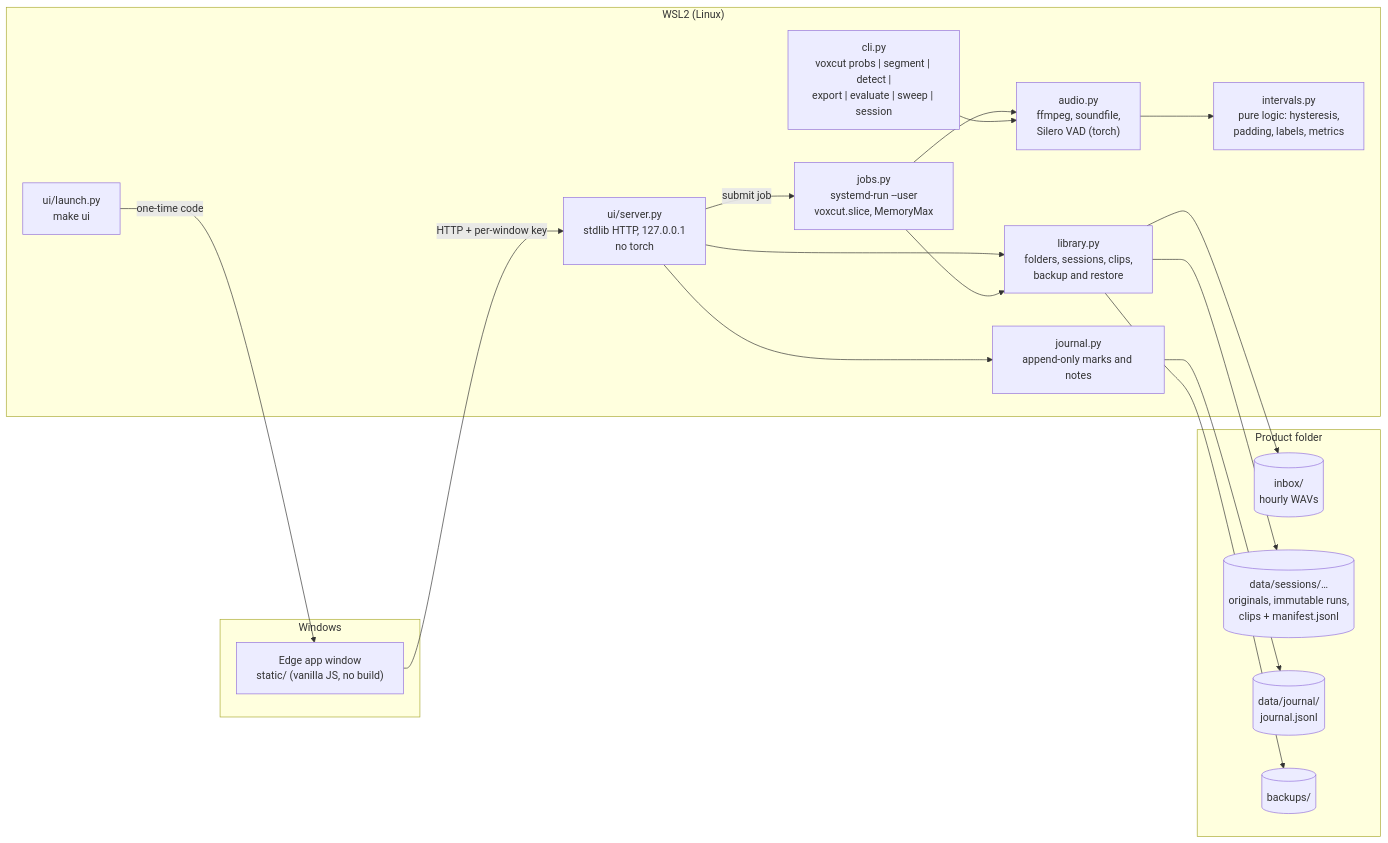
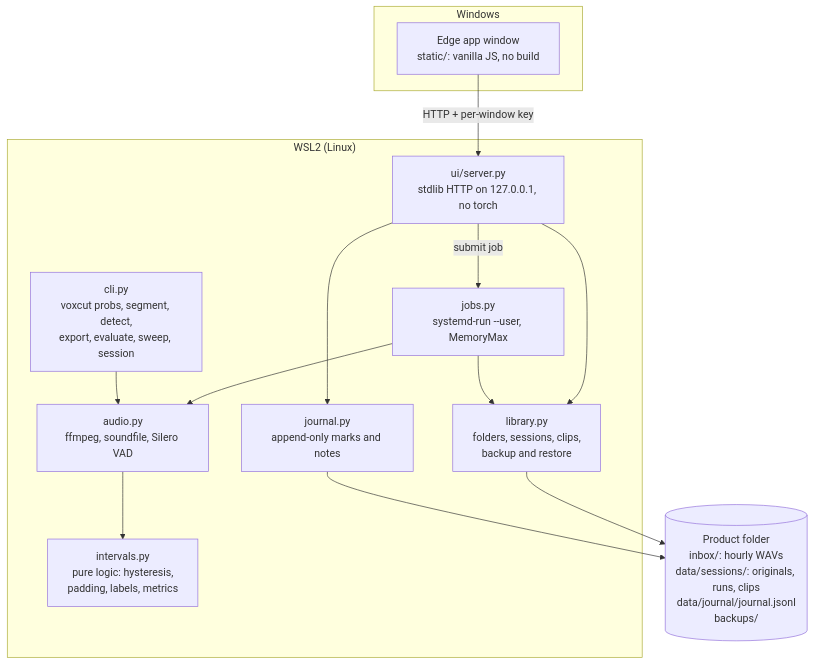
One commit to thd-y/voxcut changed the diagram in docs/architecture.md. Above: the diagram before and after it, drawn with Mermaid. The commit also changed other lines of this file, not shown here.

Commit message:
Docs: architecture diagram top-down, product folder as one store

````diff
--- a/docs/architecture.md
+++ b/docs/architecture.md
@@ -5,38 +5,29 @@
 ```mermaid
-flowchart LR
+flowchart TB
     subgraph win["Windows"]
-        edge["Edge app window<br/>static/ (vanilla JS, no build)"]
+        edge["Edge app window<br/>static/: vanilla JS, no build"]
     end
 
     subgraph wsl["WSL2 (Linux)"]
-        launch["ui/launch.py<br/>make ui"]
-        server["ui/server.py<br/>stdlib HTTP, 127.0.0.1<br/>no torch"]
+        server["ui/server.py<br/>stdlib HTTP on 127.0.0.1, no torch"]
         lib["library.py<br/>folders, sessions, clips,<br/>backup and restore"]
         jr["journal.py<br/>append-only marks and notes"]
-        jobs["jobs.py<br/>systemd-run --user<br/>voxcut.slice, MemoryMax"]
-        cli["cli.py<br/>voxcut probs | segment | detect |<br/>export | evaluate | sweep | session"]
-        audio["audio.py<br/>ffmpeg, soundfile,<br/>Silero VAD (torch)"]
+        jobs["jobs.py<br/>systemd-run --user, MemoryMax"]
+        cli["cli.py<br/>voxcut probs, segment, detect,<br/>export, evaluate, sweep, session"]
+        audio["audio.py<br/>ffmpeg, soundfile, Silero VAD"]
         iv["intervals.py<br/>pure logic: hysteresis,<br/>padding, labels, metrics"]
     end
 
-    subgraph disk["Product folder"]
-        inbox[("inbox/<br/>hourly WAVs")]
-        data[("data/sessions/…<br/>originals, immutable runs,<br/>clips + manifest.jsonl")]
-        journal[("data/journal/<br/>journal.jsonl")]
-        backups[("backups/")]
-    end
+    disk[("Product folder<br/>inbox/: hourly WAVs<br/>data/sessions/: originals, runs, clips<br/>data/journal/journal.jsonl<br/>backups/")]
 
-    launch -- "one-time code" --> edge
     edge -- "HTTP + per-window key" --> server
     server --> lib
     server --> jr
     server -- "submit job" --> jobs
     jobs --> lib
     jobs --> audio
     cli --> audio
     audio --> iv
-    lib --> inbox
-    lib --> data
-    lib --> backups
-    jr --> journal
+    lib --> disk
+    jr --> disk
 ```
````
